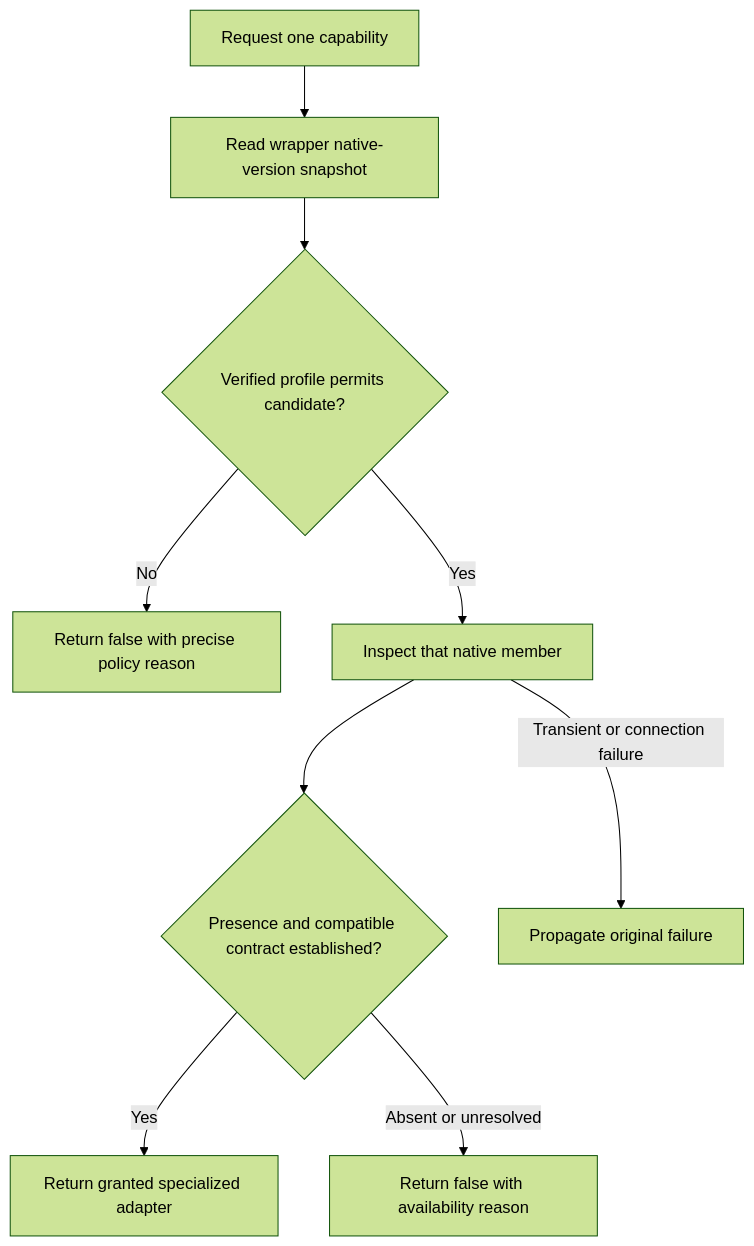
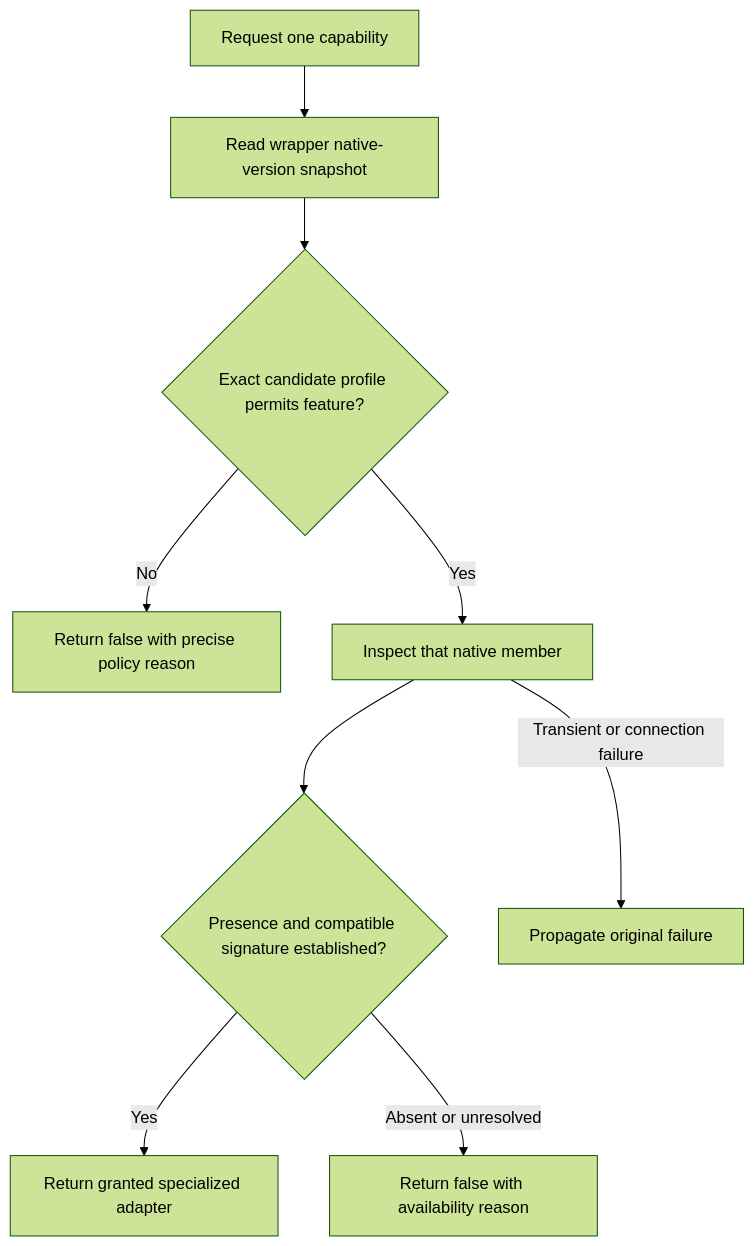
The second of 2 diagrams in docs/reports/OpenSTAAD-Root-Multi-Version-Architecture-and-Plan.md (structuraldeveloper/StaadPro.Interop), drawn with Mermaid (forest theme) before and after one commit. The commit also changed other lines of this file and 64 other files, not shown here.

````diff
--- a/docs/reports/OpenSTAAD-Root-Multi-Version-Architecture-and-Plan.md
+++ b/docs/reports/OpenSTAAD-Root-Multi-Version-Architecture-and-Plan.md
@@ -420,11 +383,11 @@
 ```mermaid
 flowchart TD
     A[Request one capability] --> B[Read wrapper native-version snapshot]
-    B --> C{Verified profile permits candidate?}
+    B --> C{Exact candidate profile permits feature?}
     C -->|No| D[Return false with precise policy reason]
     C -->|Yes| E[Inspect that native member]
-    E --> F{Presence and compatible contract established?}
+    E --> F{Presence and compatible signature established?}
     F -->|Yes| G[Return granted specialized adapter]
     F -->|Absent or unresolved| H[Return false with availability reason]
     E -->|Transient or connection failure| I[Propagate original failure]
 ```
````
